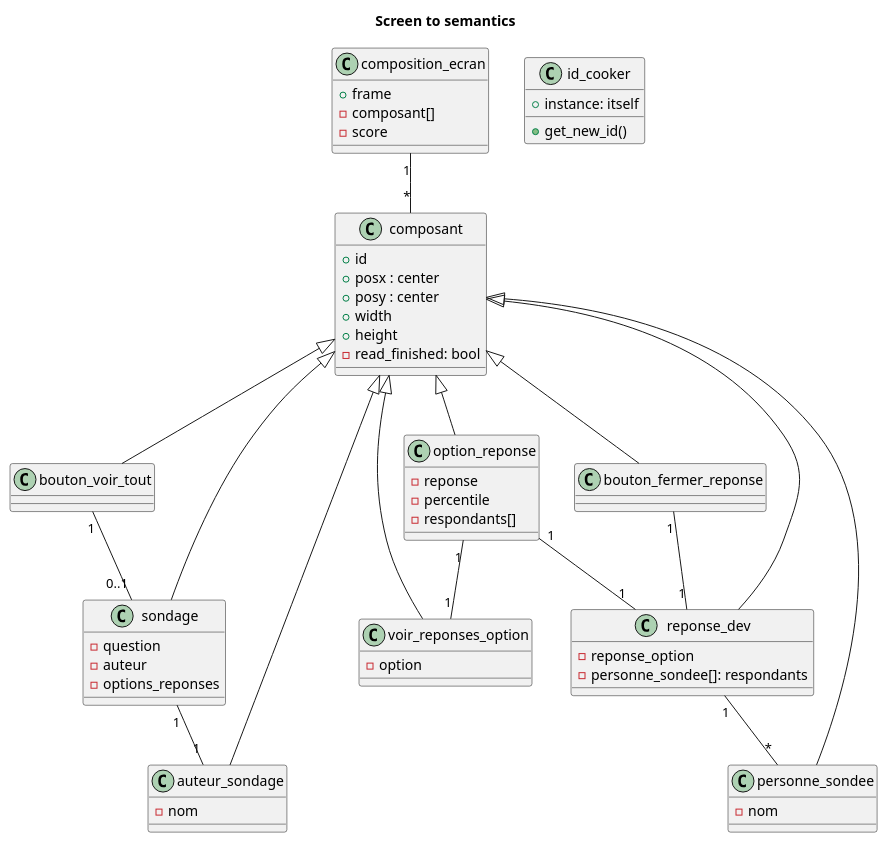
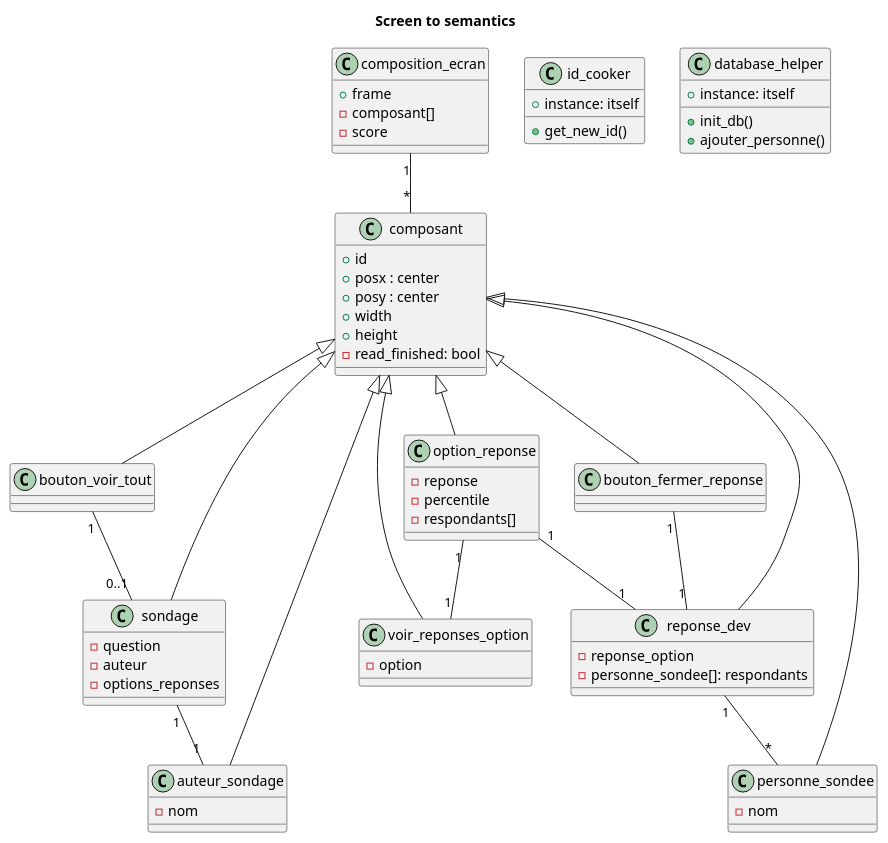
Before and after one commit to FumedSaumonSauvage/CMScraper: the diagram in contraintes_composition.puml, drawn with PlantUML. The commit also changed 5 other files, not shown here.

```diff
--- a/contraintes_composition.puml
+++ b/contraintes_composition.puml
@@ -1,75 +1,81 @@
 @startuml contraintes_composition
 title Screen to semantics
 
 Class composition_ecran {
     + frame
     - composant[]
     - score
 }
 
 Class composant{
     + id
     + posx : center
     + posy : center
     + width
     + height
     - read_finished: bool
 }
 
 Class id_cooker{
     + instance: itself
     + get_new_id()
 }
 
 Class sondage{
     - question
     - auteur
     - options_reponses
 }
 
 Class option_reponse{
     - reponse
     - percentile
     - respondants[]
 }
 
 Class auteur_sondage{
     - nom
 }
 
 Class bouton_voir_tout
 
 Class voir_reponses_option{
     - option
 }
 
 Class reponse_dev{
     - reponse_option
     - personne_sondee[]: respondants
 }
 
 Class bouton_fermer_reponse
 
 Class personne_sondee{
     - nom
 }
 
+Class database_helper{
+    + instance: itself
+    + init_db()
+    + ajouter_personne()
+}
+
 
 sondage -up-|> composant
 option_reponse -up-|> composant
 auteur_sondage -up-|> composant
 bouton_voir_tout -up-|> composant
 voir_reponses_option -up-|> composant
 reponse_dev -up-|> composant
 bouton_fermer_reponse -up-|> composant
 personne_sondee -up-|> composant
 
 option_reponse "1" -- "1" voir_reponses_option
 option_reponse "1" -- "1" reponse_dev
 sondage "1" -- "1" auteur_sondage
 composition_ecran "1" -- "*" composant
 bouton_fermer_reponse "1" -- "1" reponse_dev
 reponse_dev "1" -- "*" personne_sondee
 bouton_voir_tout "1" -- "0..1" sondage
 
 @enduml
```
